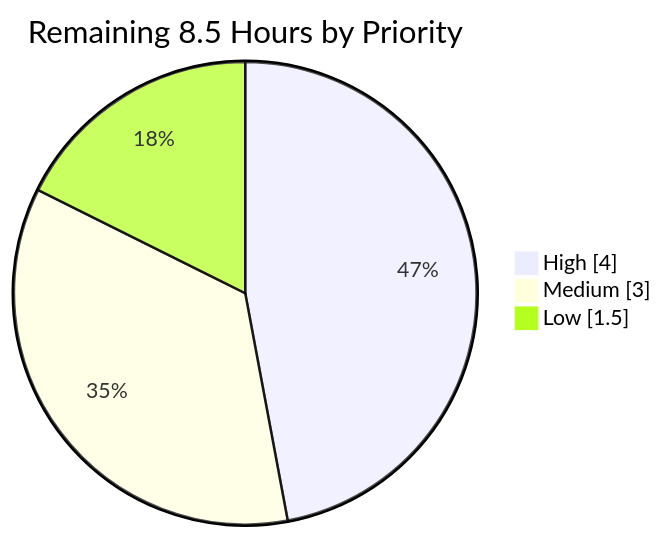
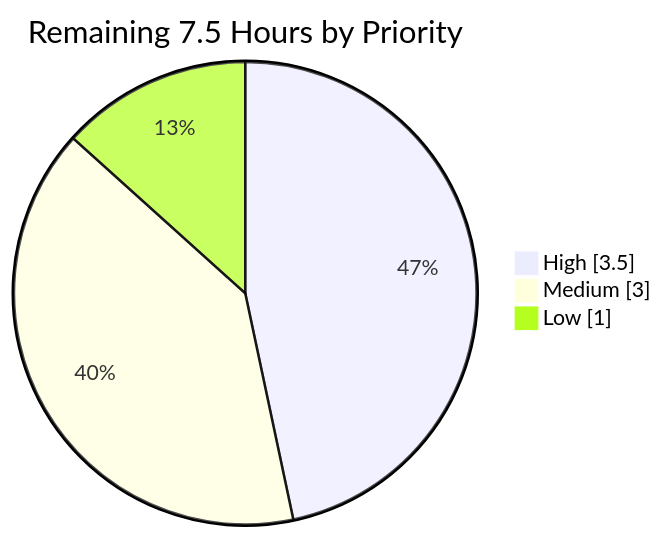
Before and after one commit to Blitzy-Multi/Artifact5: the third of 4 diagrams in blitzy/documentation/Project Guide.md, drawn with Mermaid. The commit also changed other lines of this file, not shown here.

Commit message:
Adding Blitzy Project Guide: Project Status and Human Tasks Remaining

````diff
--- a/blitzy/documentation/Project Guide.md
+++ b/blitzy/documentation/Project Guide.md
@@ -239,6 +241,6 @@
 ```mermaid
-pie showData title Remaining 8.5 Hours by Priority
-    "High" : 4.0
+pie showData title Remaining 7.5 Hours by Priority
+    "High" : 3.5
     "Medium" : 3.0
-    "Low" : 1.5
+    "Low" : 1.0
 ```
````
